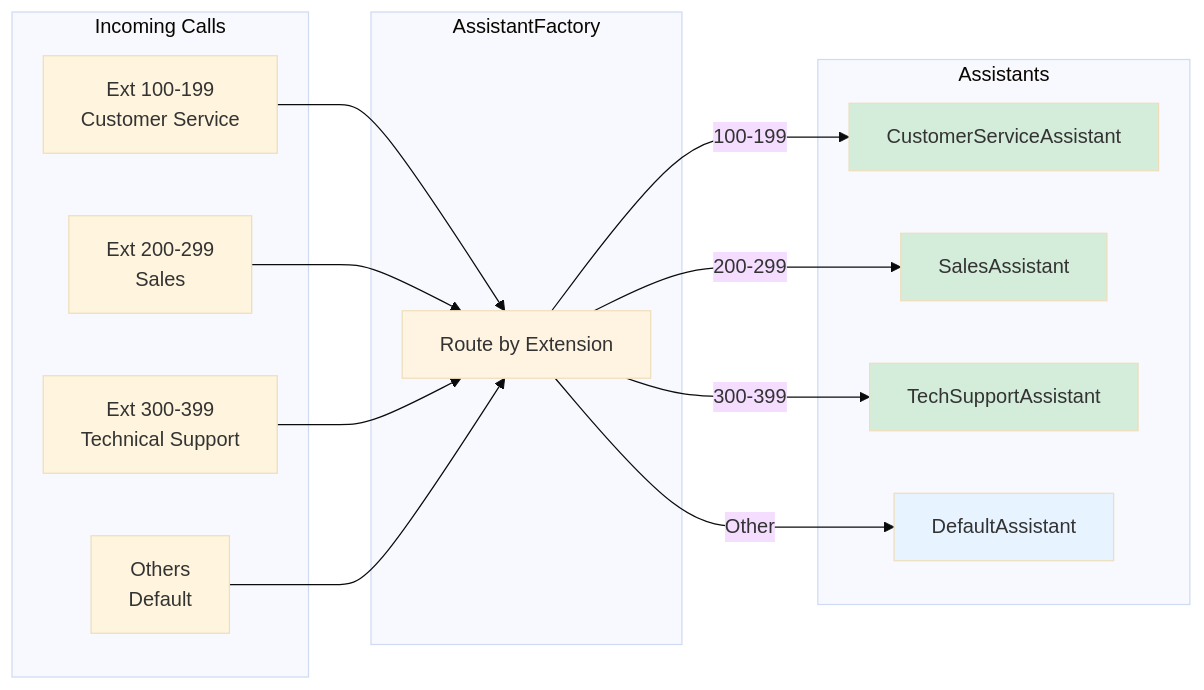
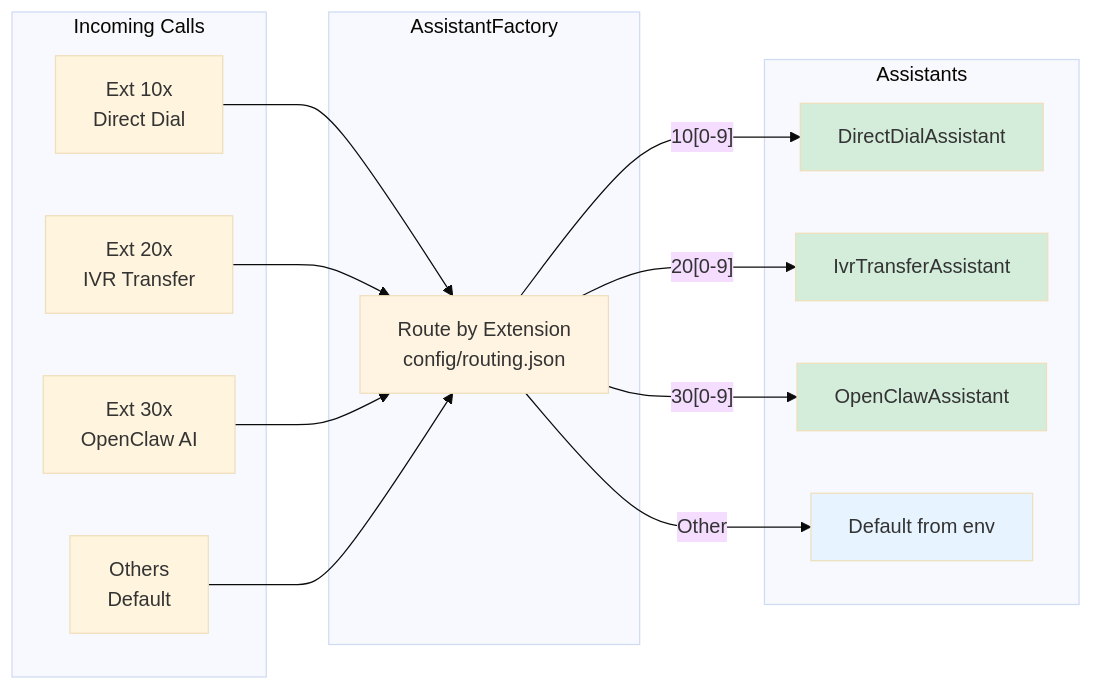
Before and after one commit to alexiokay/AriLink: the fourth of 5 diagrams in docs/ASSISTANT-ARCHITECTURE.md, drawn with Mermaid (base theme). The commit also changed other lines of this file and 15 other files, not shown here.

````diff
--- a/docs/ASSISTANT-ARCHITECTURE.md
+++ b/docs/ASSISTANT-ARCHITECTURE.md
@@ -221,36 +242,36 @@
 ```mermaid
 graph LR
     subgraph "Incoming Calls"
-        C1[Ext 100-199<br/>Customer Service]
-        C2[Ext 200-299<br/>Sales]
-        C3[Ext 300-399<br/>Technical Support]
+        C1[Ext 10x<br/>Direct Dial]
+        C2[Ext 20x<br/>IVR Transfer]
+        C3[Ext 30x<br/>OpenClaw AI]
         C4[Others<br/>Default]
     end
 
     subgraph "AssistantFactory"
-        Router[Route by Extension]
+        Router[Route by Extension<br/>config/routing.json]
     end
 
     subgraph "Assistants"
-        A1[CustomerServiceAssistant]
-        A2[SalesAssistant]
-        A3[TechSupportAssistant]
-        A4[DefaultAssistant]
+        A1[DirectDialAssistant]
+        A2[IvrTransferAssistant]
+        A3[OpenClawAssistant]
+        A4[Default from env]
     end
 
     C1 --> Router
     C2 --> Router
     C3 --> Router
     C4 --> Router
 
-    Router -->|100-199| A1
-    Router -->|200-299| A2
-    Router -->|300-399| A3
+    Router -->|"10[0-9]"| A1
+    Router -->|"20[0-9]"| A2
+    Router -->|"30[0-9]"| A3
     Router -->|Other| A4
 
     style Router fill:#fff4e1
     style A1 fill:#d4edda
     style A2 fill:#d4edda
     style A3 fill:#d4edda
     style A4 fill:#e7f3ff
 ```
````
